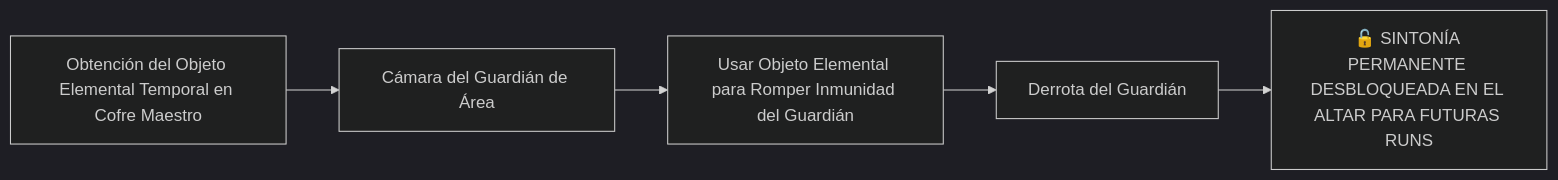
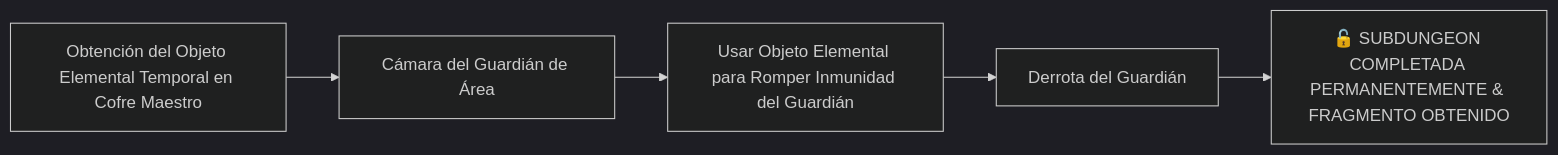
Before and after one commit to linkmati/ShivathLyss: the diagram in 7 - DM/OneShots/ARepeat/04-Encuentros_y_Guardianes.md, drawn with Mermaid (dark theme). The commit also changed other lines of this file and 2 other files, not shown here.

Commit message:
chore: strip sintonía narrative text and lore assumptions, making module purely mechanical and agnostic

````diff
--- a/7 - DM/OneShots/ARepeat/04-Encuentros_y_Guardianes.md
+++ b/7 - DM/OneShots/ARepeat/04-Encuentros_y_Guardianes.md
@@ -14,7 +14,7 @@
 ```mermaid
 flowchart LR
     A["Obtención del Objeto Elemental Temporal en Cofre Maestro"] --> B["Cámara del Guardián de Área"]
     B --> C["Usar Objeto Elemental para Romper Inmunidad del Guardián"]
     C --> D["Derrota del Guardián"]
-    D --> E["🔓 SINTONÍA PERMANENTE DESBLOQUEADA EN EL ALTAR PARA FUTURAS RUNS"]
+    D --> E["🔓 SUBDUNGEON COMPLETADA PERMANENTEMENTE & FRAGMENTO OBTENIDO"]
 ```
````
